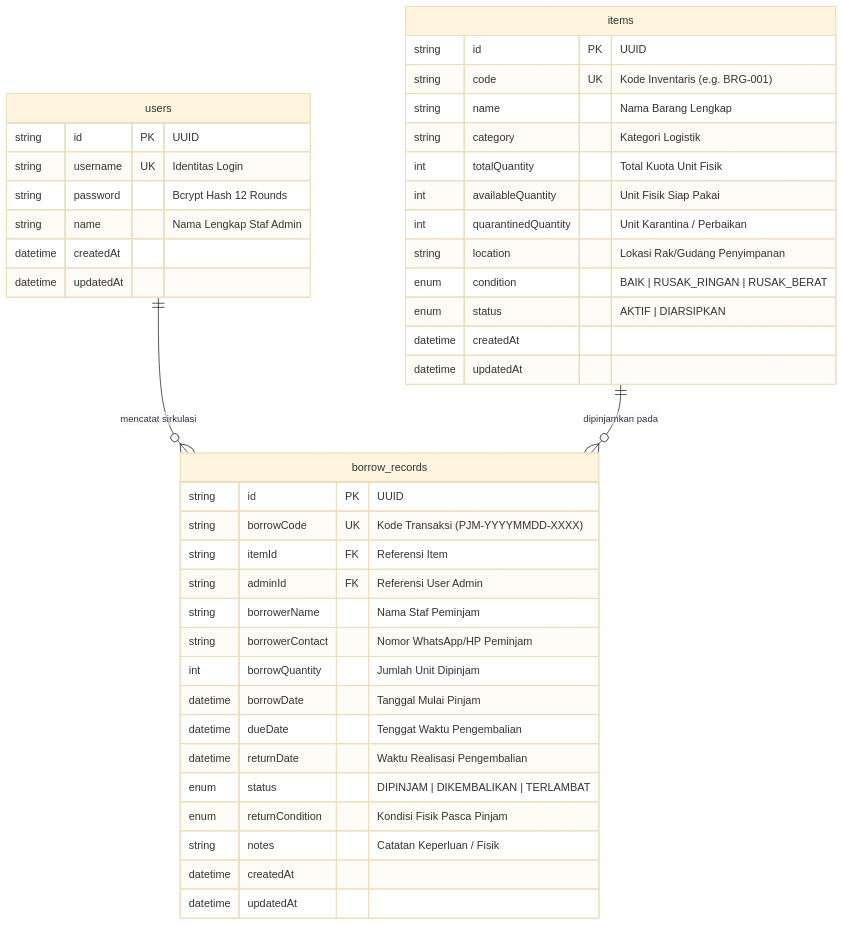
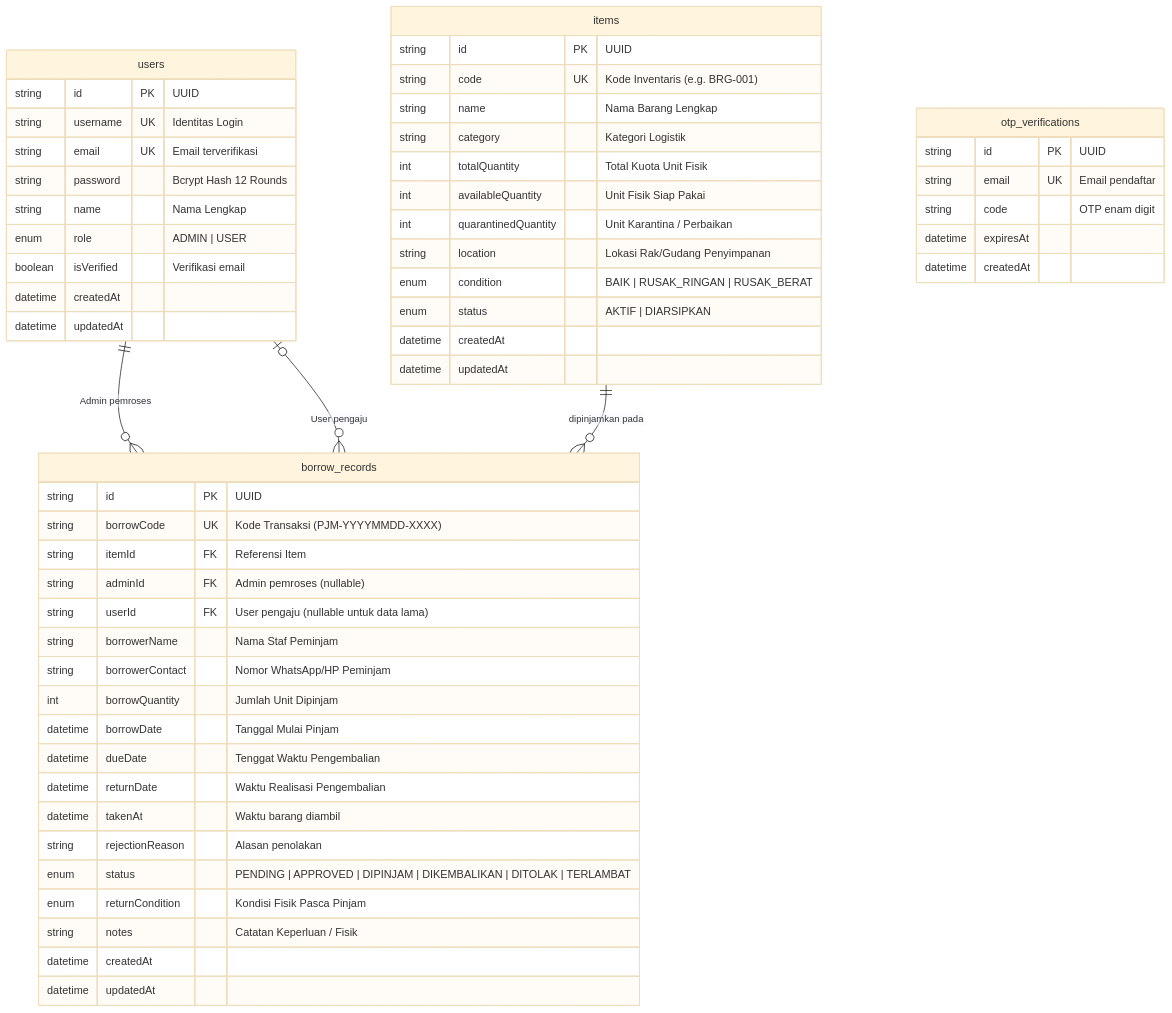
The second of 2 diagrams in README.md (Imam-Maula/bpti-project-inventaris), drawn with Mermaid (base theme) before and after one commit. The commit also changed other lines of this file and 30 other files, not shown here.

Commit message:
update: single role to RBAC dengan OTP sign up

````diff
--- a/README.md
+++ b/README.md
@@ -136,47 +142,62 @@
 ```mermaid
 erDiagram
-    users ||--o{ borrow_records : "mencatat sirkulasi"
+    users ||--o{ borrow_records : "Admin pemroses"
+    users o|--o{ borrow_records : "User pengaju"
     items ||--o{ borrow_records : "dipinjamkan pada"
 
     users {
         string id PK "UUID"
         string username UK "Identitas Login"
+        string email UK "Email terverifikasi"
         string password "Bcrypt Hash 12 Rounds"
-        string name "Nama Lengkap Staf Admin"
+        string name "Nama Lengkap"
+        enum role "ADMIN | USER"
+        boolean isVerified "Verifikasi email"
         datetime createdAt
         datetime updatedAt
+    }
+
+    otp_verifications {
+        string id PK "UUID"
+        string email UK "Email pendaftar"
+        string code "OTP enam digit"
+        datetime expiresAt
+        datetime createdAt
     }
 
     items {
         string id PK "UUID"
         string code UK "Kode Inventaris (e.g. BRG-001)"
         string name "Nama Barang Lengkap"
         string category "Kategori Logistik"
         int totalQuantity "Total Kuota Unit Fisik"
         int availableQuantity "Unit Fisik Siap Pakai"
         int quarantinedQuantity "Unit Karantina / Perbaikan"
         string location "Lokasi Rak/Gudang Penyimpanan"
         enum condition "BAIK | RUSAK_RINGAN | RUSAK_BERAT"
         enum status "AKTIF | DIARSIPKAN"
         datetime createdAt
         datetime updatedAt
     }
 
     borrow_records {
         string id PK "UUID"
         string borrowCode UK "Kode Transaksi (PJM-YYYYMMDD-XXXX)"
         string itemId FK "Referensi Item"
-        string adminId FK "Referensi User Admin"
+        string adminId FK "Admin pemroses (nullable)"
+        string userId FK "User pengaju (nullable untuk data lama)"
         string borrowerName "Nama Staf Peminjam"
         string borrowerContact "Nomor WhatsApp/HP Peminjam"
         int borrowQuantity "Jumlah Unit Dipinjam"
         datetime borrowDate "Tanggal Mulai Pinjam"
         datetime dueDate "Tenggat Waktu Pengembalian"
         datetime returnDate "Waktu Realisasi Pengembalian"
-        enum status "DIPINJAM | DIKEMBALIKAN | TERLAMBAT"
+        datetime takenAt "Waktu barang diambil"
+        string rejectionReason "Alasan penolakan"
+        enum status "PENDING | APPROVED | DIPINJAM | DIKEMBALIKAN | DITOLAK | TERLAMBAT"
         enum returnCondition "Kondisi Fisik Pasca Pinjam"
         string notes "Catatan Keperluan / Fisik"
         datetime createdAt
         datetime updatedAt
     }
 ```
````
